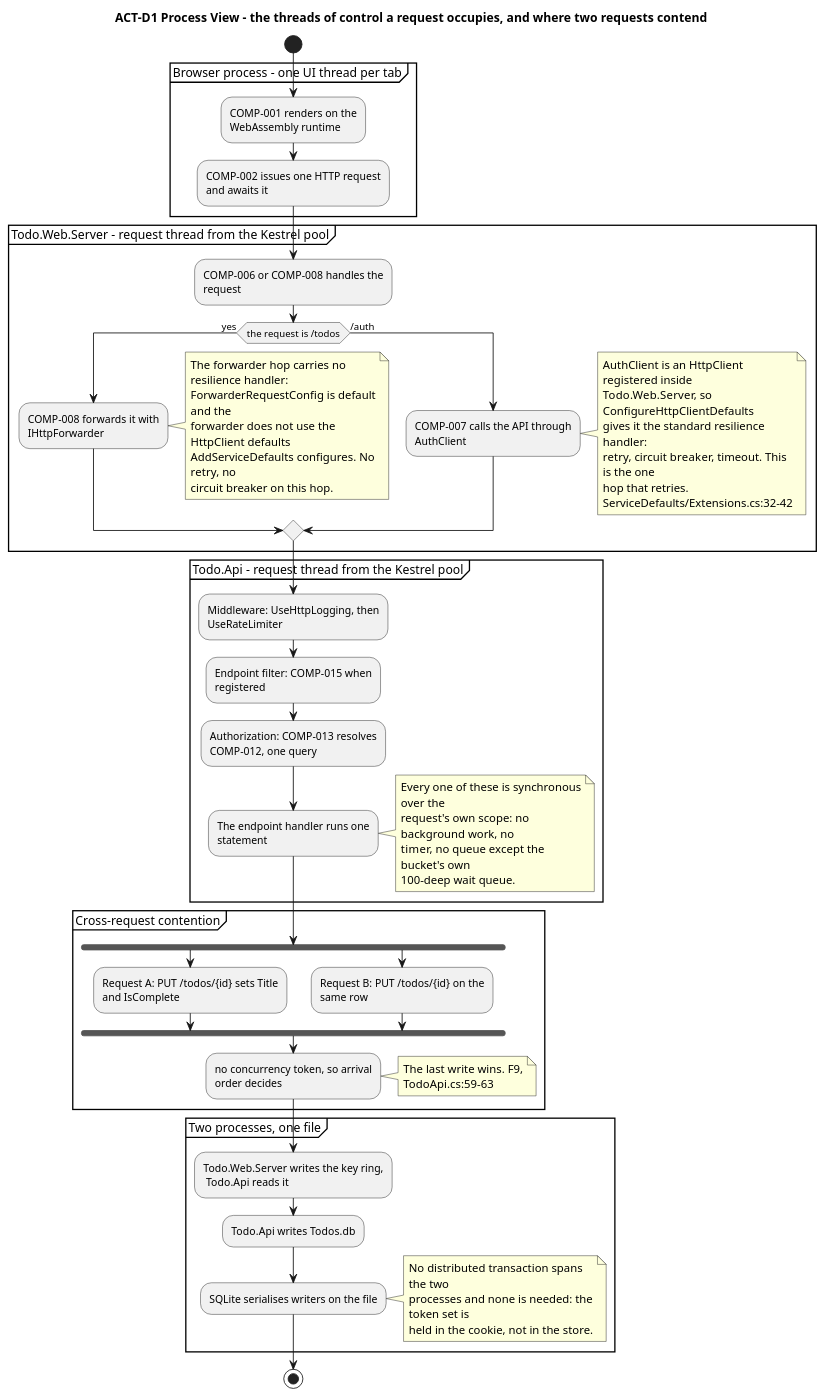
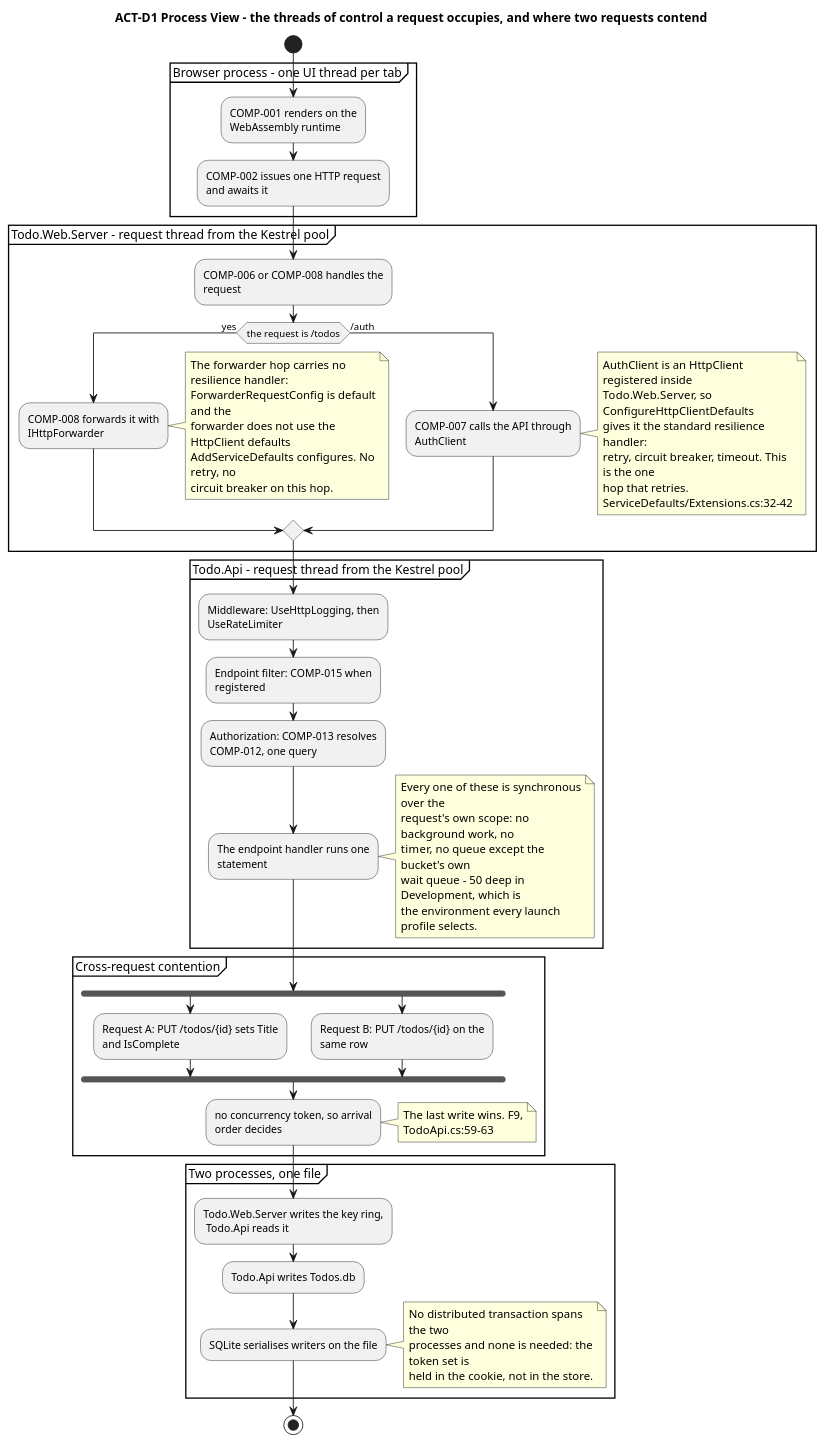
Before and after one commit to banense-test/TodoApp: the eighth of 11 diagrams in docs/artifacts/analysis---design/software-architecture-document.md, drawn with PlantUML. The commit also changed other lines of this file, not shown here.

First line of the commit message:
Software Architect [Excavation2]: upsert Software Architecture Document

````diff
--- a/docs/artifacts/analysis---design/software-architecture-document.md
+++ b/docs/artifacts/analysis---design/software-architecture-document.md
@@ -769,71 +768,72 @@
 ```plantuml
 @startuml
 title ACT-D1 Process View - the threads of control a request occupies, and where two requests contend
 
 skinparam shadowing false
 skinparam wrapWidth 215
 
 start
 partition "Browser process - one UI thread per tab" {
   :COMP-001 renders on the WebAssembly runtime;
   :COMP-002 issues one HTTP request and awaits it;
 }
 partition "Todo.Web.Server - request thread from the Kestrel pool" {
   :COMP-006 or COMP-008 handles the request;
   if (the request is /todos) then (yes)
     :COMP-008 forwards it with IHttpForwarder;
     note right
       The forwarder hop carries no resilience handler:
       ForwarderRequestConfig is default and the
       forwarder does not use the HttpClient defaults
       AddServiceDefaults configures. No retry, no
       circuit breaker on this hop.
     end note
   else (/auth)
     :COMP-007 calls the API through AuthClient;
     note right
       AuthClient is an HttpClient registered inside
       Todo.Web.Server, so ConfigureHttpClientDefaults
       gives it the standard resilience handler:
       retry, circuit breaker, timeout. This is the one
       hop that retries. ServiceDefaults/Extensions.cs:32-42
     end note
   endif
 }
 partition "Todo.Api - request thread from the Kestrel pool" {
   :Middleware: UseHttpLogging, then UseRateLimiter;
   :Endpoint filter: COMP-015 when registered;
   :Authorization: COMP-013 resolves COMP-012, one query;
   :The endpoint handler runs one statement;
   note right
     Every one of these is synchronous over the
     request's own scope: no background work, no
     timer, no queue except the bucket's own
-    100-deep wait queue.
+    wait queue - 50 deep in Development, which is
+    the environment every launch profile selects.
   end note
 }
 partition "Cross-request contention" {
   fork
     :Request A: PUT /todos/{id} sets Title and IsComplete;
   fork again
     :Request B: PUT /todos/{id} on the same row;
   end fork
   :no concurrency token, so arrival order decides;
   note right
     The last write wins. F9, TodoApi.cs:59-63
   end note
 }
 partition "Two processes, one file" {
   :Todo.Web.Server writes the key ring,
    Todo.Api reads it;
   :Todo.Api writes Todos.db;
   :SQLite serialises writers on the file;
   note right
     No distributed transaction spans the two
     processes and none is needed: the token set is
     held in the cookie, not in the store.
   end note
 }
 stop
 @enduml
 ```
````
